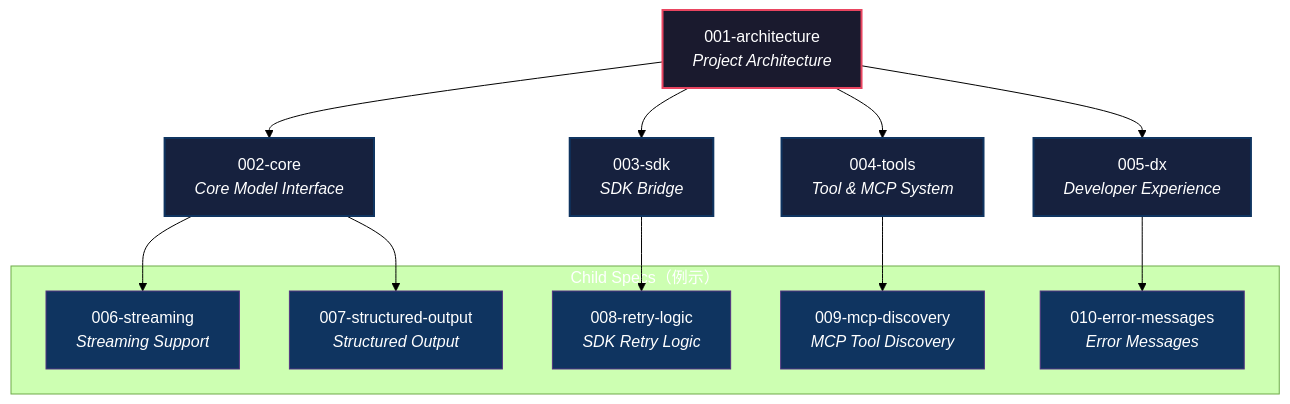
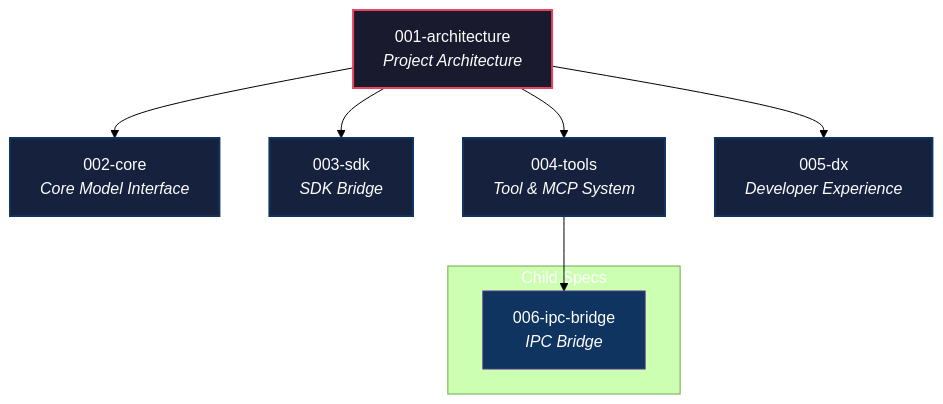
The first of 2 diagrams in specs/README.md (drillan/claudecode-model), drawn with Mermaid (forest theme) before and after one commit. The commit also changed other lines of this file and 1 other file, not shown here.

Commit message:
docs: add task list for IPC Bridge implementation (006-ipc-bridge) (#122)
* docs: add task list for IPC Bridge implementation (006-ipc-bridge)

Generate comprehensive task breakdown with 29 tasks across 7 phases, organized by user story (US1-US4) for independent implementation and testing. Includes Phase 1 (Setup), Phase 2 (Protocol), Phase 3 (US4 Bridge), Phase 4 (US1 Server), Phase 5 (US2 Lifecycle), Phase 6 (US3 Transport), and Phase 7 (Polish) with clear dependencies and parallel execution opportunities.

* docs: address review issues in IPC Bridge tasks specification

- Add ToolSchema to T006 TypedDict list (was missing, causing downstream dependency gap)
- Add ToolSchema JSON serialization round-trip test case to T005
- Expand T026 description to explicitly cover FR-012 sync/async gap handling

Resolves review feedback on PR #122

* docs: update specs/README.md with actual 006-ipc-bridge child spec

Replace placeholder examples (006-streaming, 007-structured-output, etc.)
with the real 006-ipc-bridge child spec in mermaid diagram and directory
structure.

---------

````diff
--- a/specs/README.md
+++ b/specs/README.md
@@ -10,36 +10,28 @@
 ```mermaid
 graph TD
     arch["001-architecture<br/><i>Project Architecture</i>"]
 
     core["002-core<br/><i>Core Model Interface</i>"]
     sdk["003-sdk<br/><i>SDK Bridge</i>"]
     tools["004-tools<br/><i>Tool & MCP System</i>"]
     dx["005-dx<br/><i>Developer Experience</i>"]
 
     arch --> core
     arch --> sdk
     arch --> tools
     arch --> dx
 
-    subgraph examples [" Child Specs（例示）"]
-    core_f1["006-streaming<br/><i>Streaming Support</i>"]
-    core_f2["007-structured-output<br/><i>Structured Output</i>"]
-    sdk_f1["008-retry-logic<br/><i>SDK Retry Logic</i>"]
-    tools_f1["009-mcp-discovery<br/><i>MCP Tool Discovery</i>"]
-    dx_f1["010-error-messages<br/><i>Error Messages</i>"]
+    subgraph children [" Child Specs"]
+    tools_f1["006-ipc-bridge<br/><i>IPC Bridge</i>"]
     end
 
-    core --> core_f1
-    core --> core_f2
-    sdk --> sdk_f1
     tools --> tools_f1
-    dx --> dx_f1
 
     classDef root fill:#1a1a2e,stroke:#e94560,color:#fff,stroke-width:2px
     classDef category fill:#16213e,stroke:#0f3460,color:#fff,stroke-width:2px
     classDef feature fill:#0f3460,stroke:#533483,color:#fff,stroke-width:1px
 
     class arch root
     class core,sdk,tools,dx category
-    class core_f1,core_f2,sdk_f1,tools_f1,dx_f1 feature
+    class tools_f1 feature
 ```
````
